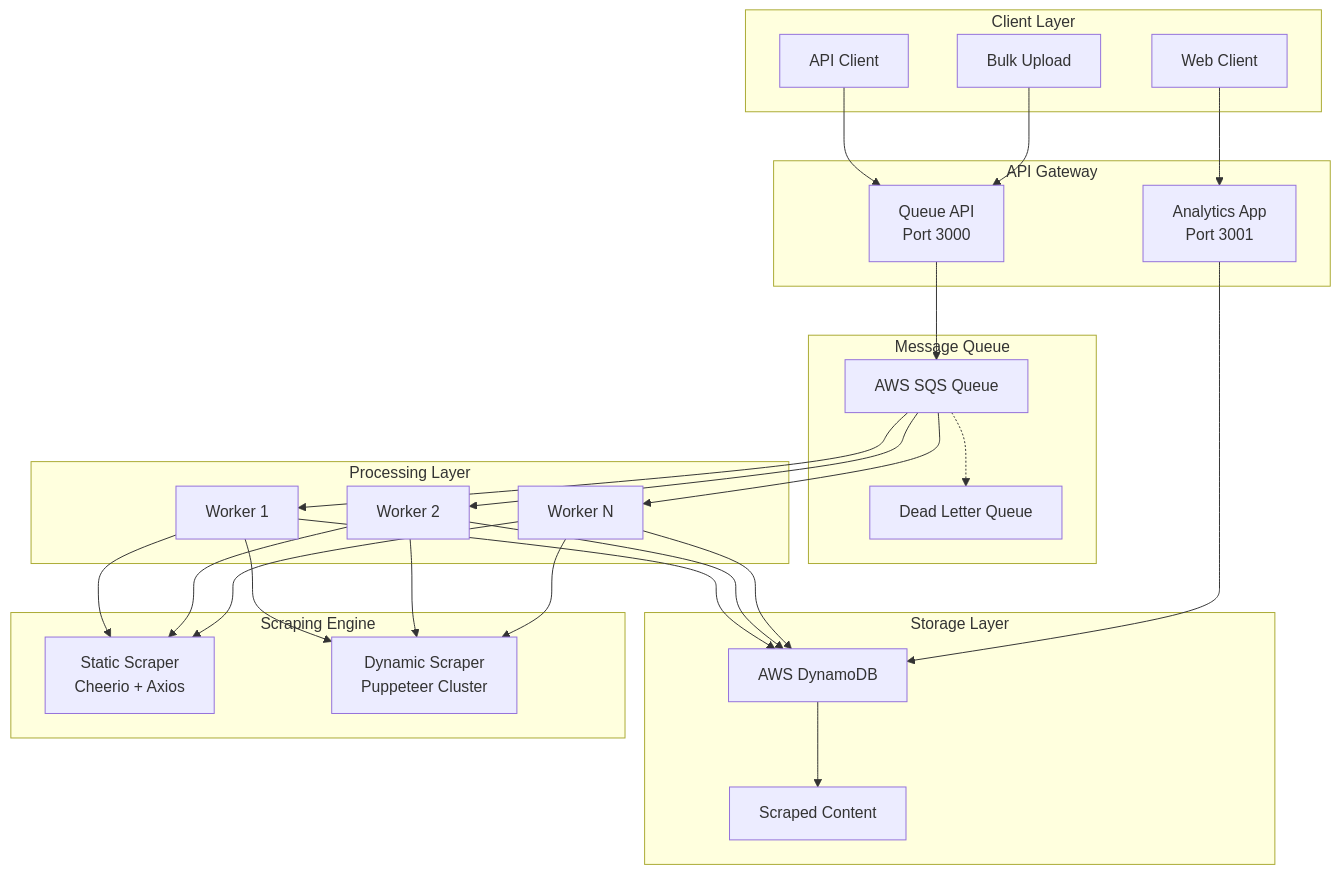
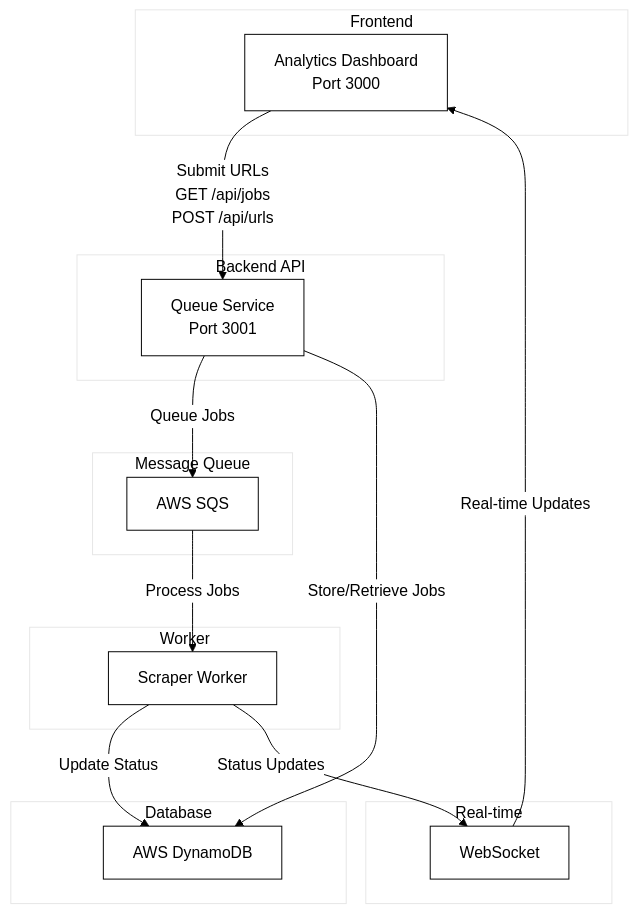
The diagram in README.md (iakhator/scraper), drawn with Mermaid before and after one commit. The commit also changed other lines of this file and 43 other files, not shown here.

````diff
--- a/README.md
+++ b/README.md
@@ -30,59 +29,35 @@
 ```mermaid
+%%{init: {'theme':'base', 'themeVariables': {'primaryColor': '#ffffff', 'primaryTextColor': '#000000', 'primaryBorderColor': '#000000', 'lineColor': '#000000', 'secondaryColor': '#ffffff', 'tertiaryColor': '#ffffff'}}}%%
 flowchart TB
-    subgraph "Client Layer"
-        A[Web Client] 
-        B[API Client]
-        C[Bulk Upload]
+    subgraph "Frontend"
+        A[Analytics Dashboard<br/>Port 3000]
     end
     
-    subgraph "API Gateway"
-        D[Analytics App<br/>Port 3001]
-        E[Queue API<br/>Port 3000]
+    subgraph "Backend API"
+        B[Queue Service<br/>Port 3001]
     end
     
     subgraph "Message Queue"
-        F[AWS SQS Queue]
-        G[Dead Letter Queue]
+        C[AWS SQS]
     end
     
-    subgraph "Processing Layer"
-        H[Worker 1]
-        I[Worker 2]
-        J[Worker N]
+    subgraph "Worker"
+        D[Scraper Worker]
     end
     
-    subgraph "Storage Layer"
-        K[AWS DynamoDB]
-        L[Scraped Content]
+    subgraph "Database"
+        E[AWS DynamoDB]
     end
     
-    subgraph "Scraping Engine"
-        M[Static Scraper<br/>Cheerio + Axios]
-        N[Dynamic Scraper<br/>Puppeteer Cluster]
+    subgraph "Real-time"
+        F[WebSocket]
     end
     
-    A --> D
-    B --> E
-    C --> E
-    
-    E --> F
-    F --> H
-    F --> I  
-    F --> J
-    
-    H --> M
-    H --> N
-    I --> M
-    I --> N
-    J --> M
-    J --> N
-    
-    H --> K
-    I --> K
-    J --> K
-    
-    K --> L
-    F -.-> G
-    
-    D --> K
+    A -->|Submit URLs<br/>GET /api/jobs<br/>POST /api/urls| B
+    B -->|Queue Jobs| C
+    B -->|Store/Retrieve Jobs| E
+    C -->|Process Jobs| D
+    D -->|Update Status| E
+    D -->|Status Updates| F
+    F -->|Real-time Updates| A
 ```
````
